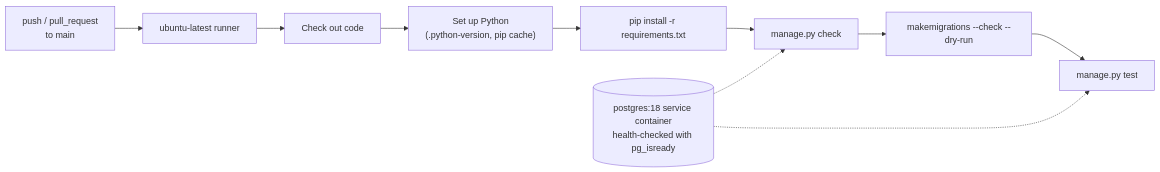
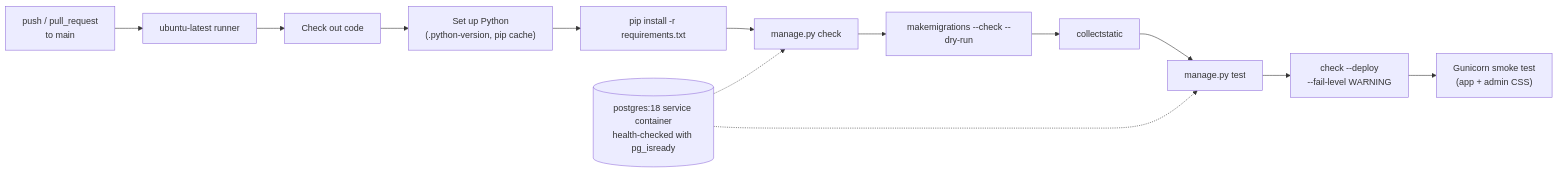
One commit to ADITYA8405/TaskFlow changed the second of 4 diagrams in README.md. Above: the diagram before and after it, drawn with Mermaid. The commit also changed other lines of this file and 8 other files, not shown here.

````diff
--- a/README.md
+++ b/README.md
@@ -138,12 +141,15 @@
 ```mermaid
 flowchart LR
     trigger["push / pull_request<br/>to main"] --> runner["ubuntu-latest runner"]
     runner --> checkout["Check out code"]
     checkout --> python["Set up Python<br/>(.python-version, pip cache)"]
     python --> install["pip install -r requirements.txt"]
     install --> check["manage.py check"]
     check --> migrations["makemigrations --check --dry-run"]
-    migrations --> tests["manage.py test"]
+    migrations --> collect["collectstatic"]
+    collect --> tests["manage.py test"]
+    tests --> deploy["check --deploy<br/>--fail-level WARNING"]
+    deploy --> smoke["Gunicorn smoke test<br/>(app + admin CSS)"]
     pg[("postgres:18 service container<br/>health-checked with pg_isready")] -.-> check
     pg -.-> tests
 ```
````
